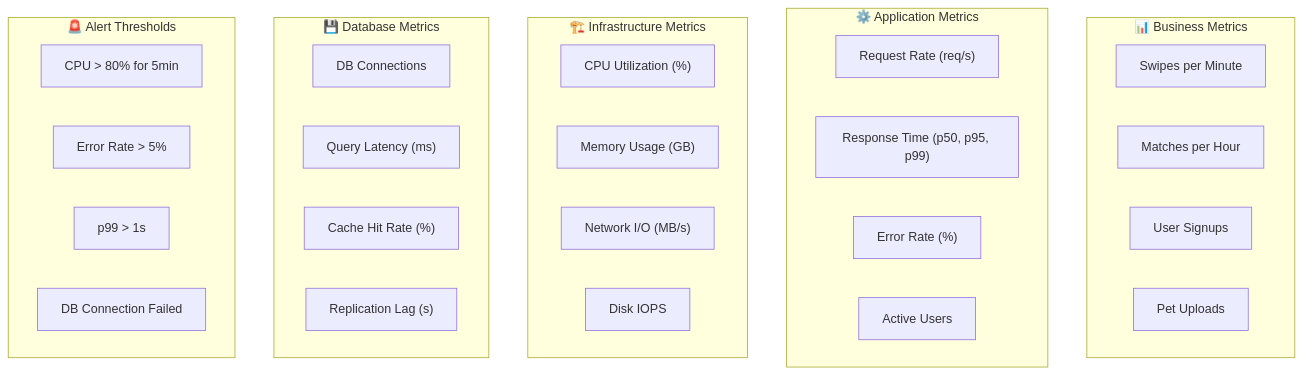
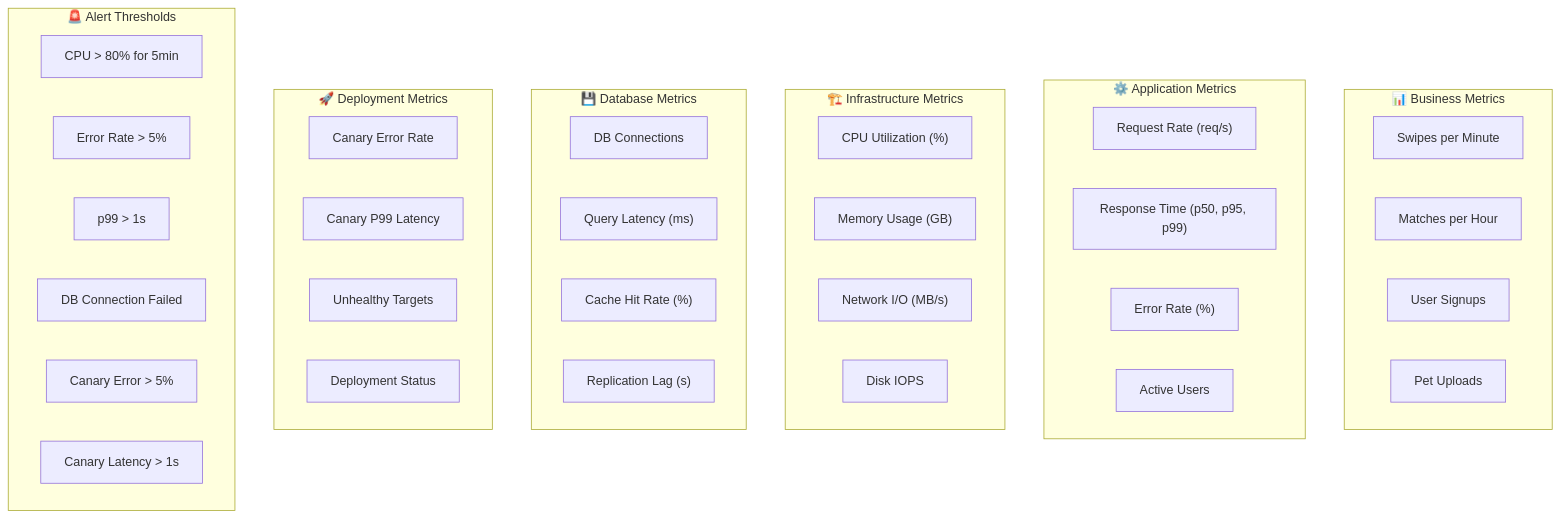
Before and after one commit to hoangsonww/PetSwipe-Match-App: diagram 24 of 34 in ARCHITECTURE.md, drawn with Mermaid. The commit also changed other lines of this file and 25 other files, not shown here.

Commit message:
feat(deployment): implement blue-green and canary deployment strategies with automated rollback

````diff
--- a/ARCHITECTURE.md
+++ b/ARCHITECTURE.md
@@ -1183,37 +1350,46 @@
 ```mermaid
 graph TB
     subgraph BusinessMetrics["📊 Business Metrics"]
         Swipes["Swipes per Minute"]
         Matches["Matches per Hour"]
         Signups["User Signups"]
         PetUploads["Pet Uploads"]
     end
 
     subgraph ApplicationMetrics["⚙️ Application Metrics"]
         RequestRate["Request Rate (req/s)"]
         ResponseTime["Response Time (p50, p95, p99)"]
         ErrorRate["Error Rate (%)"]
         ActiveUsers["Active Users"]
     end
 
     subgraph InfrastructureMetrics["🏗️ Infrastructure Metrics"]
         CPUUtilization["CPU Utilization (%)"]
         MemoryUsage["Memory Usage (GB)"]
         NetworkIO["Network I/O (MB/s)"]
         DiskIOPS["Disk IOPS"]
     end
 
     subgraph DatabaseMetrics["💾 Database Metrics"]
         DBConnections["DB Connections"]
         QueryLatency["Query Latency (ms)"]
         CacheHitRate["Cache Hit Rate (%)"]
         ReplicationLag["Replication Lag (s)"]
     end
 
+    subgraph DeploymentMetrics["🚀 Deployment Metrics"]
+        CanaryErrors["Canary Error Rate"]
+        CanaryLatency["Canary P99 Latency"]
+        UnhealthyTargets["Unhealthy Targets"]
+        DeploymentStatus["Deployment Status"]
+    end
+
     subgraph AlertThresholds["🚨 Alert Thresholds"]
         HighCPU["CPU > 80% for 5min"]
         HighError["Error Rate > 5%"]
         SlowResponse["p99 > 1s"]
         DBDown["DB Connection Failed"]
+        CanaryFailed["Canary Error > 5%"]
+        LatencyBreach["Canary Latency > 1s"]
     end
 ```
````
